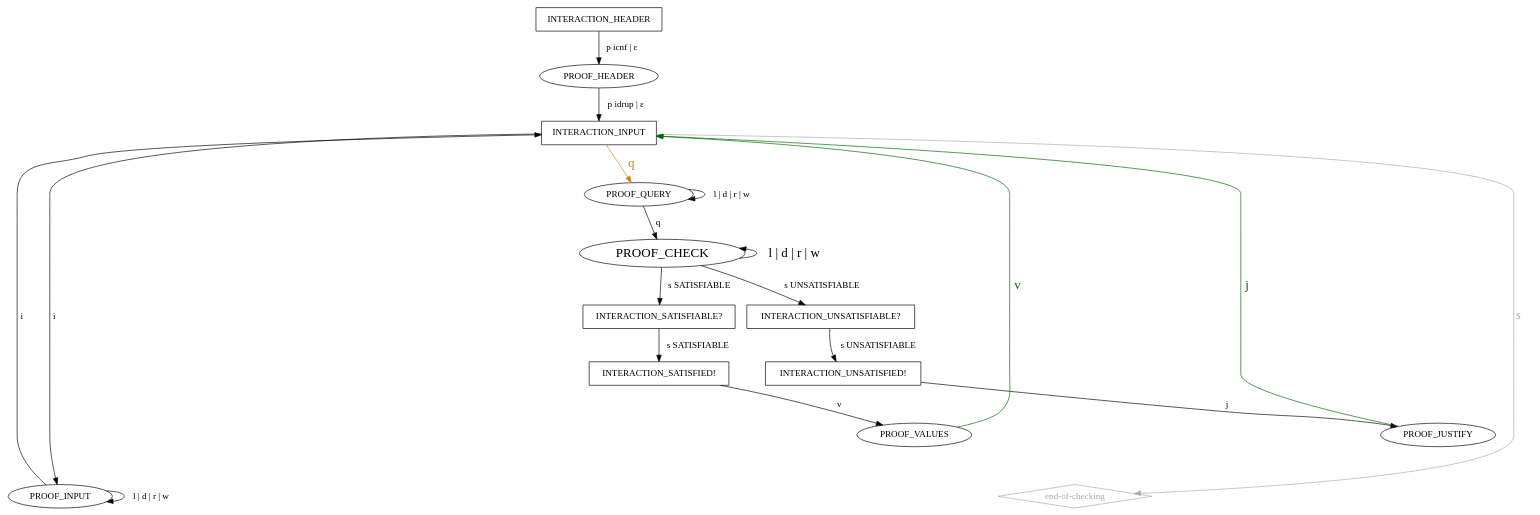
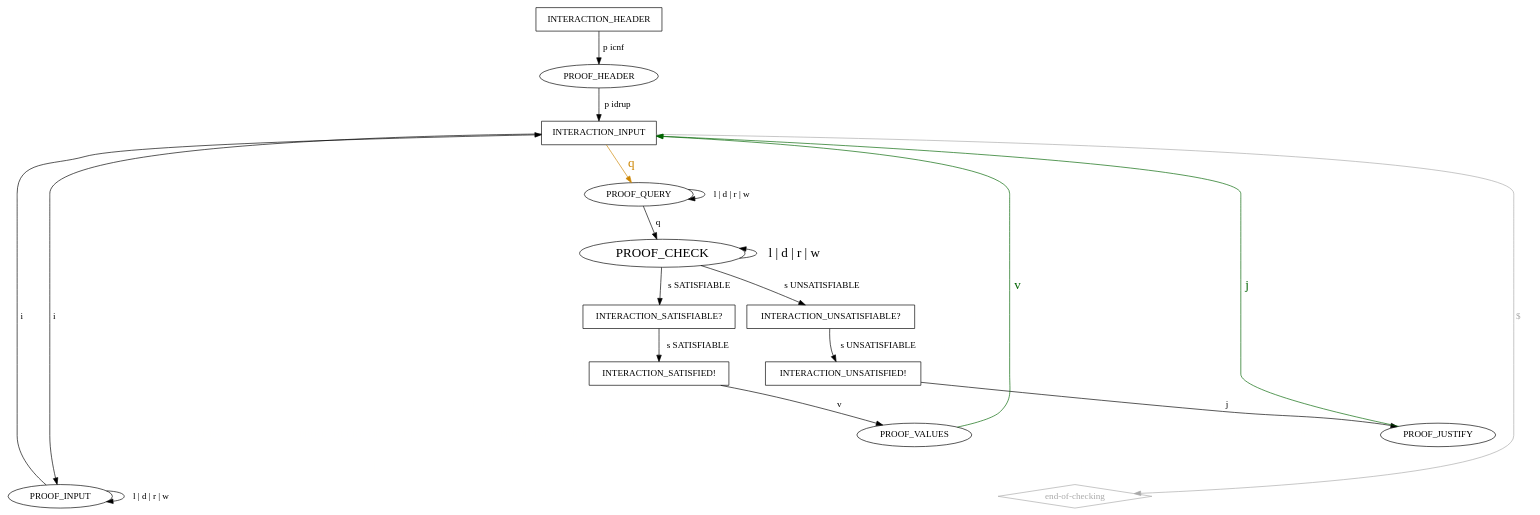
Before and after one commit to arminbiere/lidrup-check: the diagram in idrup-check-pedantic.dot, drawn with Graphviz. The commit also changed 1 other file, not shown here.

```diff
--- a/idrup-check-pedantic.dot
+++ b/idrup-check-pedantic.dot
@@ -1,66 +1,66 @@
 digraph "idrup-check" {
 
   INTERACTION_HEADER [shape=box];
-  INTERACTION_HEADER -> PROOF_HEADER [label=" p icnf | ε "];
-  PROOF_HEADER -> INTERACTION_INPUT [label=" p idrup | ε "];
+  INTERACTION_HEADER -> PROOF_HEADER [label=" p icnf"];
+  PROOF_HEADER -> INTERACTION_INPUT [label=" p idrup"];
 
   "end-of-checking" [shape=diamond,color=darkgray,fontcolor=darkgray];
   "end-of-checking" -> INTERACTION_INPUT [label="$    ",dir=back,color=darkgray,fontcolor=darkgray];
 
   INTERACTION_INPUT [shape=box];
   INTERACTION_INPUT -> PROOF_INPUT [label=" i "];
   INTERACTION_INPUT -> PROOF_QUERY [label=" q ",color=orange3,fontsize=20,fontcolor=orange3];
 
   PROOF_INPUT -> INTERACTION_INPUT [label=" i "];
   PROOF_INPUT -> PROOF_INPUT [label=" l | d | r | w "];
 
   PROOF_QUERY -> PROOF_CHECK [label=" q "];
   PROOF_QUERY -> PROOF_QUERY [label=" l | d | r | w "];
 
   PROOF_CHECK [fontsize=20];
   PROOF_CHECK -> PROOF_CHECK [label=" l | d | r | w ",dir=back,fontsize=20];
   PROOF_CHECK -> INTERACTION_SATISFIABLE [label=" s SATISFIABLE "];
   PROOF_CHECK -> INTERACTION_UNSATISFIABLE [label=" s UNSATISFIABLE "];
 
   INTERACTION_UNSATISFIABLE [shape="box",label="INTERACTION_UNSATISFIABLE?"];
   INTERACTION_UNSATISFIABLE -> INTERACTION_UNSATISFIED [label=" s UNSATISFIABLE "];
 
   INTERACTION_SATISFIABLE [shape="box",label="INTERACTION_SATISFIABLE?"];
   INTERACTION_SATISFIABLE -> INTERACTION_SATISFIED [label=" s SATISFIABLE "];
 
   INTERACTION_SATISFIED [shape=box,label="INTERACTION_SATISFIED!"];
   INTERACTION_SATISFIED -> PROOF_VALUES [label=" v "];
   INTERACTION_SATISFIED -> PROOF_INPUT_OR_VALUES [label=" i ",color=invis,fontcolor=invis];
   INTERACTION_SATISFIED -> PROOF_QUERY_OR_VALUES [label=" q ", color=invis,fontsize=20,fontcolor=invis];
   INTERACTION_SATISFIED -> PROOF_VALUES_AND_END [label=" $ ",color=invis,fontcolor=invis];
 
   INTERACTION_UNSATISFIED [shape=box,label="INTERACTION_UNSATISFIED!"];
   INTERACTION_UNSATISFIED -> PROOF_JUSTIFY [label=" j "];
   INTERACTION_UNSATISFIED -> PROOF_INPUT_OR_JUSTIFY [label=" i ",color=invis,fontcolor=invis];
   INTERACTION_UNSATISFIED -> PROOF_QUERY_OR_JUSTIFY [label=" q ",color=invis,fontsize=20,fontcolor=invis];
   INTERACTION_UNSATISFIED -> PROOF_JUSTIFY_AND_END [label=" $ ",color=invis,fontcolor=invis];
 
   PROOF_VALUES_AND_END [color=invis,fontcolor=invis]
   PROOF_VALUES_AND_END -> "end-of-checking" [label=" v ",color=invis,fontsize=20,fontcolor=invis];
   PROOF_JUSTIFY_AND_END [color=invis,fontcolor=invis]
   PROOF_JUSTIFY_AND_END -> "end-of-checking" [label=" j ",color=invis,fontsize=20,fontcolor=invis];
 
   PROOF_VALUES -> INTERACTION_INPUT [label=" v ",color=darkgreen,fontsize=20,fontcolor=darkgreen];
   PROOF_JUSTIFY -> INTERACTION_INPUT [label=" j ",color=darkgreen,fontsize=20,fontcolor=darkgreen];
 
   PROOF_INPUT_OR_VALUES [color=invis,fontcolor=invis];
   PROOF_INPUT_OR_VALUES -> INTERACTION_INPUT [label=" i ",color=invis,fontcolor=invis];
   PROOF_INPUT_OR_VALUES -> PROOF_INPUT [label=" v ", color=invis,fontcolor=invis,fontsize=20];
 
   PROOF_QUERY_OR_VALUES [color=invis,fontcolor=invis];
   PROOF_QUERY_OR_VALUES -> PROOF_QUERY [label=" v ",color=invis,fontcolor=invis,fontsize=20];
   PROOF_QUERY_OR_VALUES -> PROOF_CHECK [label=" q ",color=invis,fontcolor=invis];
 
   PROOF_QUERY_OR_JUSTIFY [color=invis,fontcolor=invis];
   PROOF_QUERY_OR_JUSTIFY -> PROOF_QUERY [label=" j ",color=invis,fontcolor=invis,fontsize=20];
   PROOF_QUERY_OR_JUSTIFY -> PROOF_CHECK [label=" q ",color=invis,fontcolor=invis];
 
   PROOF_INPUT_OR_JUSTIFY [color=invis,fontcolor=invis];
   PROOF_INPUT_OR_JUSTIFY -> PROOF_INPUT [label=" j ",color=invis,fontcolor=invis,fontsize=20];
   PROOF_INPUT_OR_JUSTIFY -> INTERACTION_INPUT [label=" i ",color=invis,fontcolor=invis];
 }
```
